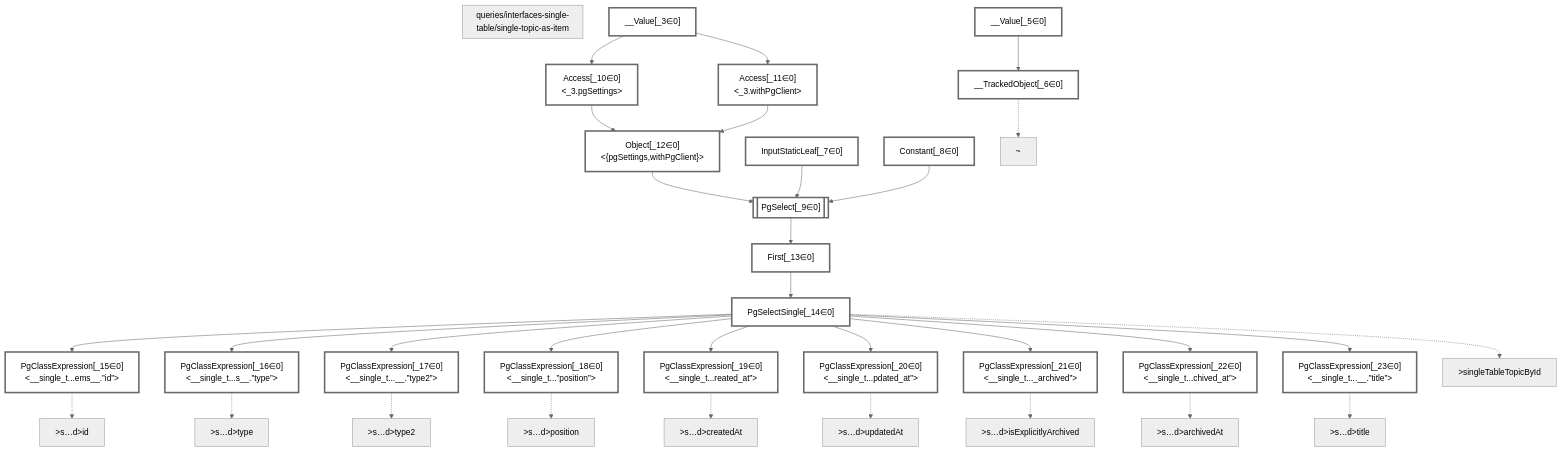
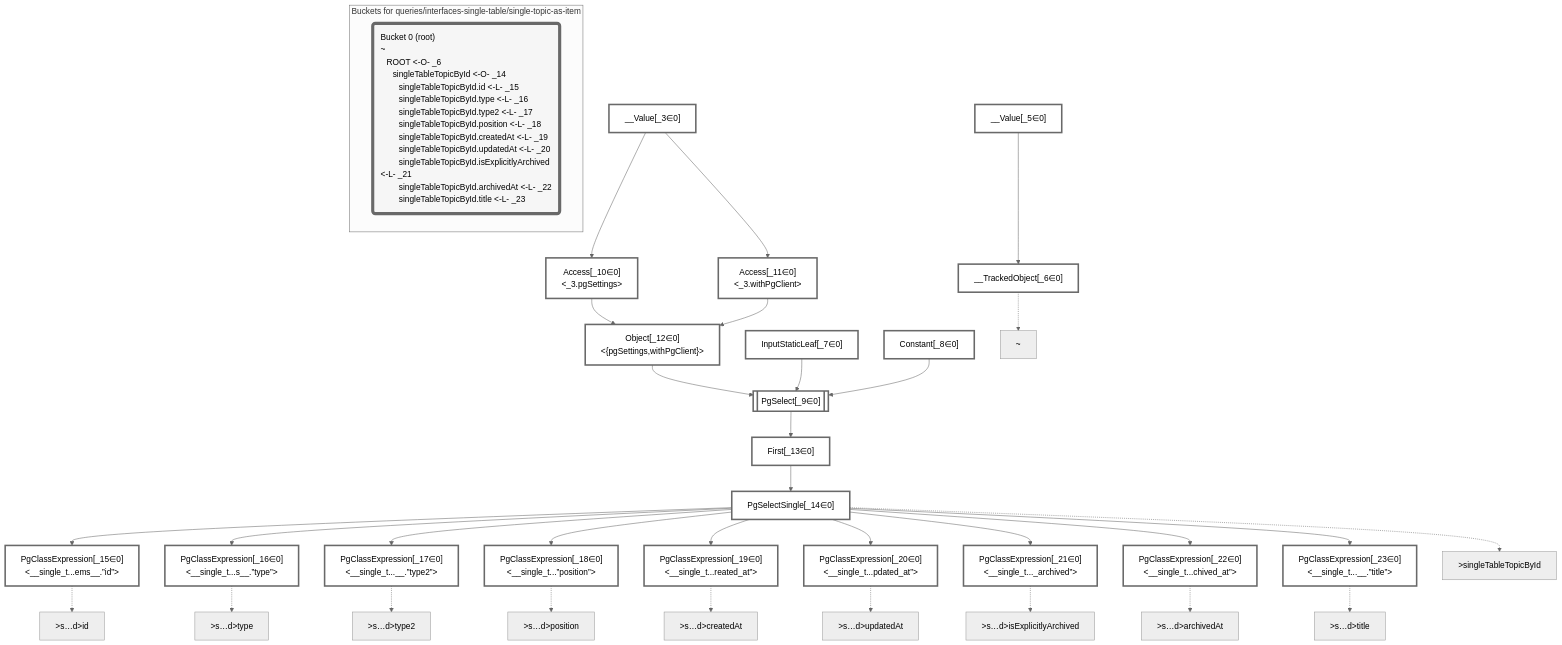
Before and after one commit to graphile/crystal: the diagram in packages/dataplan-pg/__tests__/queries/interfaces-single-table/single-topic-as-item.deopt.mermaid.md, drawn with Mermaid (neutral theme). The commit also changed 37 other files, not shown here.

````diff
--- a/packages/dataplan-pg/__tests__/queries/interfaces-single-table/single-topic-as-item.deopt.mermaid.md
+++ b/packages/dataplan-pg/__tests__/queries/interfaces-single-table/single-topic-as-item.deopt.mermaid.md
@@ -1,7 +1,5 @@
 ```mermaid
 graph TD
-    subgraph "queries/interfaces-single-table/single-topic-as-item"
-    end
     classDef path fill:#eee,stroke:#000,color:#000
     classDef plan fill:#fff,stroke-width:3px,color:#000
     classDef itemplan fill:#fff,stroke-width:6px,color:#000
@@ -79,4 +77,9 @@
     %% allocate buckets
     classDef bucket0 stroke:#696969
     class __Value_3,__Value_5,__TrackedObject_6,InputStaticLeaf_7,Constant_8,PgSelect_9,Access_10,Access_11,Object_12,First_13,PgSelectSingle_14,PgClassExpression_15,PgClassExpression_16,PgClassExpression_17,PgClassExpression_18,PgClassExpression_19,PgClassExpression_20,PgClassExpression_21,PgClassExpression_22,PgClassExpression_23 bucket0
+
+    subgraph "Buckets for queries/interfaces-single-table/single-topic-as-item"
+    Bucket0("Bucket 0 (root)<br />~<br />⠀ROOT <-O- _6<br />⠀⠀singleTableTopicById <-O- _14<br />⠀⠀⠀singleTableTopicById.id <-L- _15<br />⠀⠀⠀singleTableTopicById.type <-L- _16<br />⠀⠀⠀singleTableTopicById.type2 <-L- _17<br />⠀⠀⠀singleTableTopicById.position <-L- _18<br />⠀⠀⠀singleTableTopicById.createdAt <-L- _19<br />⠀⠀⠀singleTableTopicById.updatedAt <-L- _20<br />⠀⠀⠀singleTableTopicById.isExplicitlyArchived <-L- _21<br />⠀⠀⠀singleTableTopicById.archivedAt <-L- _22<br />⠀⠀⠀singleTableTopicById.title <-L- _23"):::bucket
+    style Bucket0 stroke:#696969
+    end
 ```
````
